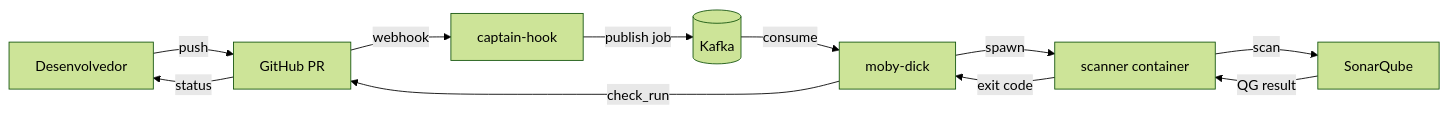
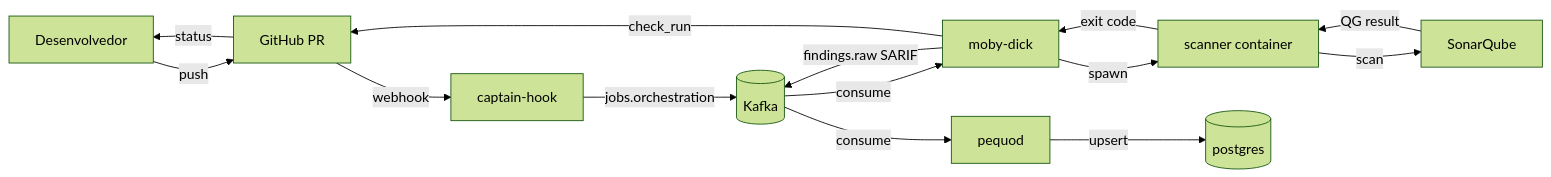
The diagram in docs/index.md (OdinEye-FIAP/aspm-docs), drawn with Mermaid (forest theme) before and after one commit. The commit also changed other lines of this file and 10 other files, not shown here.

First line of the commit message:
docs: sincroniza com pipeline findings.raw + pequod

````diff
--- a/docs/index.md
+++ b/docs/index.md
@@ -15,21 +16,26 @@
 ```mermaid
 flowchart LR
     Dev[Desenvolvedor]
     GH[GitHub PR]
     CH[captain-hook]
     K[(Kafka)]
     MD[moby-dick]
     SR[scanner container]
     SQ[SonarQube]
+    PQ[pequod]
+    PG[(postgres)]
 
     Dev -->|push| GH
     GH -->|webhook| CH
-    CH -->|publish job| K
+    CH -->|jobs.orchestration| K
     K -->|consume| MD
     MD -->|spawn| SR
     SR -->|scan| SQ
     SQ -->|QG result| SR
     SR -->|exit code| MD
+    MD -->|findings.raw SARIF| K
+    K -->|consume| PQ
+    PQ -->|upsert| PG
     MD -->|check_run| GH
     GH -->|status| Dev
 ```
````
